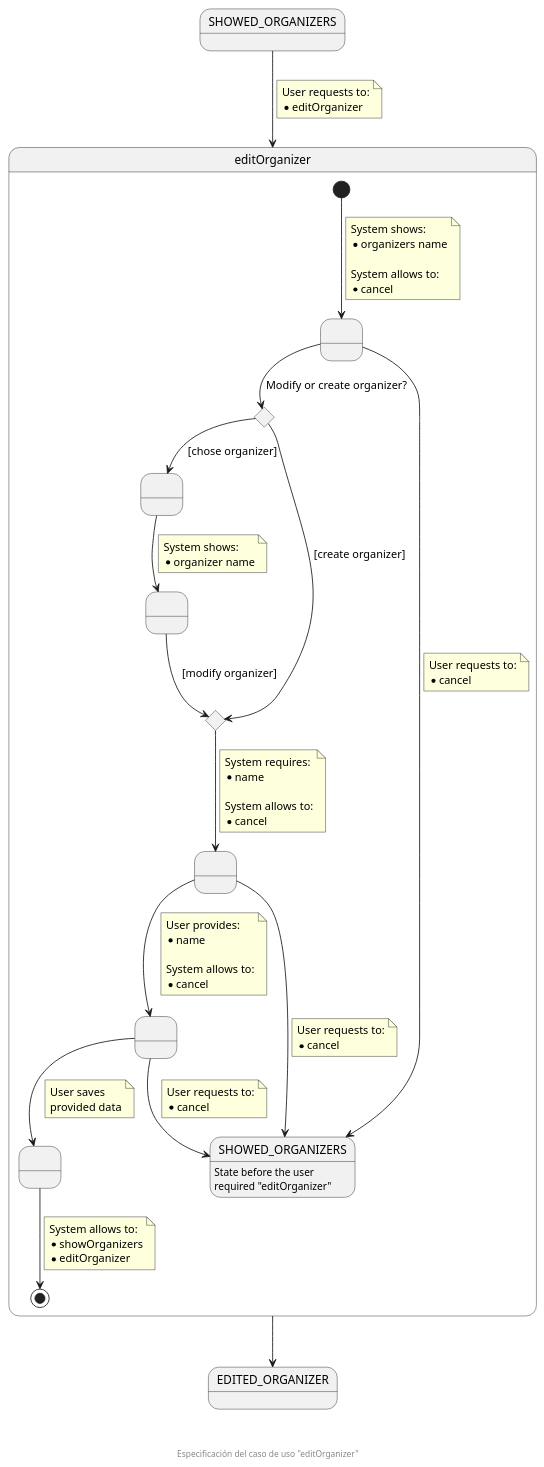
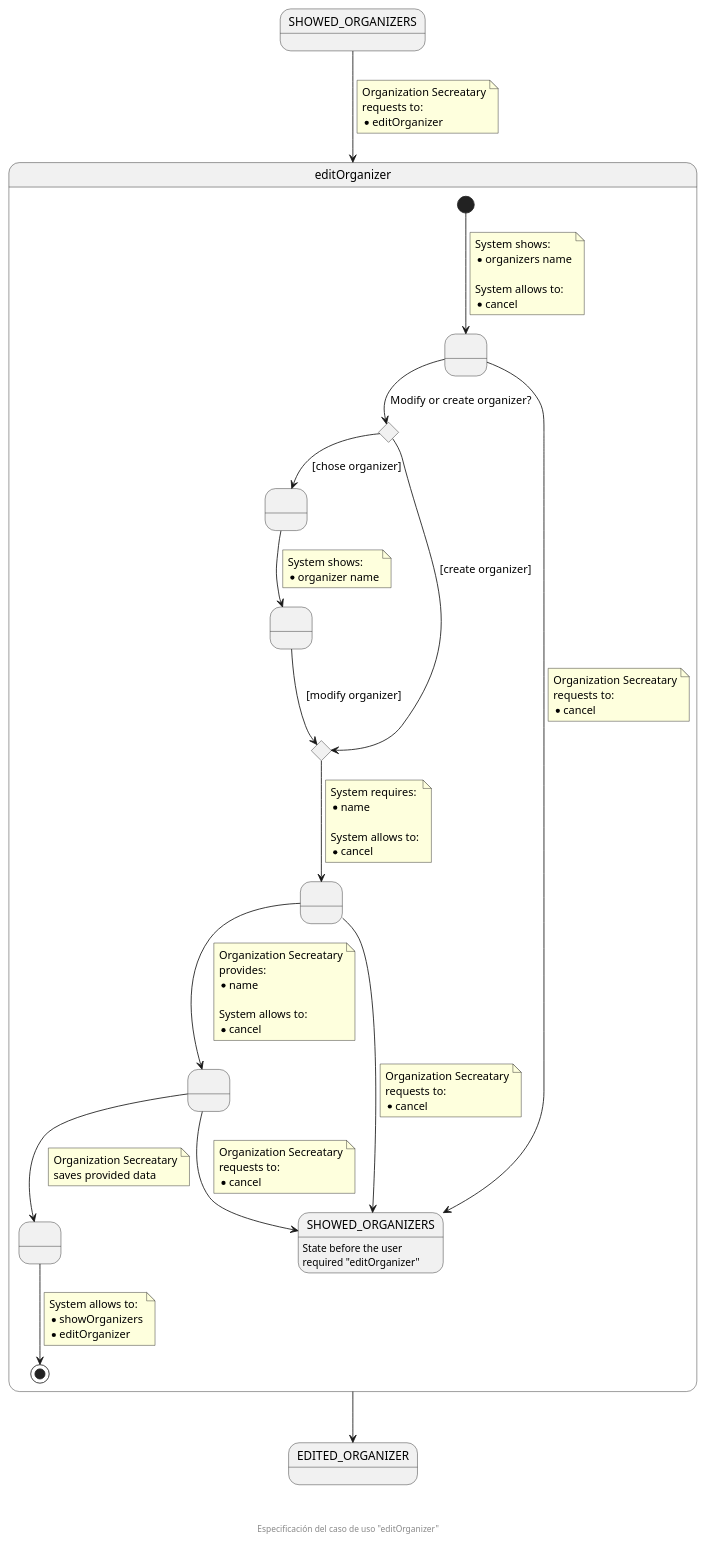
One commit to zuldare/mastercloud_pfm_halterocms changed the diagram in documentation/diagrams/1_requirements/3_useCasesSpecification/organizationSecretary/09_editOrganizer.puml. Above: the diagram before and after it, drawn with PlantUML. The commit also changed 11 other files, not shown here.

Commit message:
docs: improve use cases specification diagrams

```diff
--- a/documentation/diagrams/1_requirements/3_useCasesSpecification/organizationSecretary/09_editOrganizer.puml
+++ b/documentation/diagrams/1_requirements/3_useCasesSpecification/organizationSecretary/09_editOrganizer.puml
@@ -1,91 +1,96 @@
 @startuml
 state SHOWED_ORGANIZERS
 state editOrganizer {
   state " " as SHOWED_ORGANIZERS_TO_BE_EDITED
   state createOrModifyCHC <<choice>>
   state " " as providedOrganizer
   state " " as showedData
   state createOrModifyCHC2 <<choice>>
   state " " as pendingData
   state " " as providedData
   state " " as savedData
   [*] --> SHOWED_ORGANIZERS_TO_BE_EDITED
   note on link
     System shows:
     * organizers name
 
     System allows to:
     * cancel
   end note
 
   SHOWED_ORGANIZERS_TO_BE_EDITED --> createOrModifyCHC : Modify or create organizer?
 
   SHOWED_ORGANIZERS_TO_BE_EDITED --> SHOWED_ORGANIZERS_F
   note on link
-    User requests to:
+    Organization Secreatary
+    requests to:
     * cancel
   end note
 
   createOrModifyCHC --> providedOrganizer : [chose organizer]
   createOrModifyCHC --> createOrModifyCHC2 : [create organizer]
   providedOrganizer --> showedData
   note on link
     System shows:
     * organizer name
   end note
   showedData --> createOrModifyCHC2 : [modify organizer]
   createOrModifyCHC2 --> pendingData
   note on link
     System requires:
     * name
 
     System allows to:
     * cancel
   end note
   pendingData --> SHOWED_ORGANIZERS_F
   note on link
-    User requests to:
+    Organization Secreatary
+    requests to:
     * cancel
   end note
 
   pendingData --> providedData
   note on link
-    User provides:
+    Organization Secreatary
+    provides:
     * name
 
     System allows to:
     * cancel
   end note
 
   providedData --> savedData
   note on link
-    User saves 
-    provided data
+    Organization Secreatary
+    saves provided data
   end note
 
   providedData --> SHOWED_ORGANIZERS_F
   note on link
-    User requests to:
+    Organization Secreatary
+    requests to:
     * cancel
   end note
 
   savedData --> [*]
   note on link
     System allows to:
     * showOrganizers
     * editOrganizer
   end note
 }
 state EDITED_ORGANIZER
 state "SHOWED_ORGANIZERS" as SHOWED_ORGANIZERS_F : State before the user\nrequired "editOrganizer"
 
 SHOWED_ORGANIZERS --> editOrganizer
 note on link
-  User requests to:
+  Organization Secreatary
+  requests to:
   * editOrganizer
 end note
 
 editOrganizer --> EDITED_ORGANIZER
 
 footer \n\n\n Especificación del caso de uso "editOrganizer"
 @enduml
```
